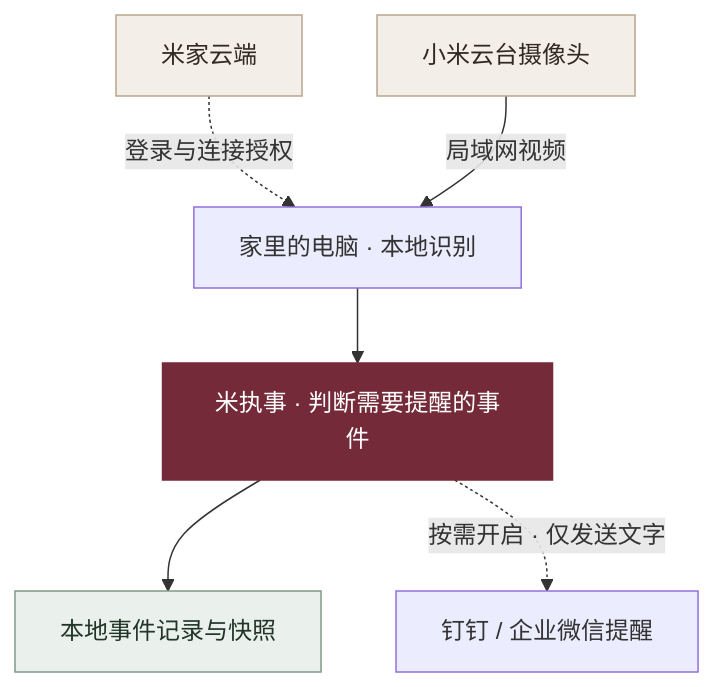
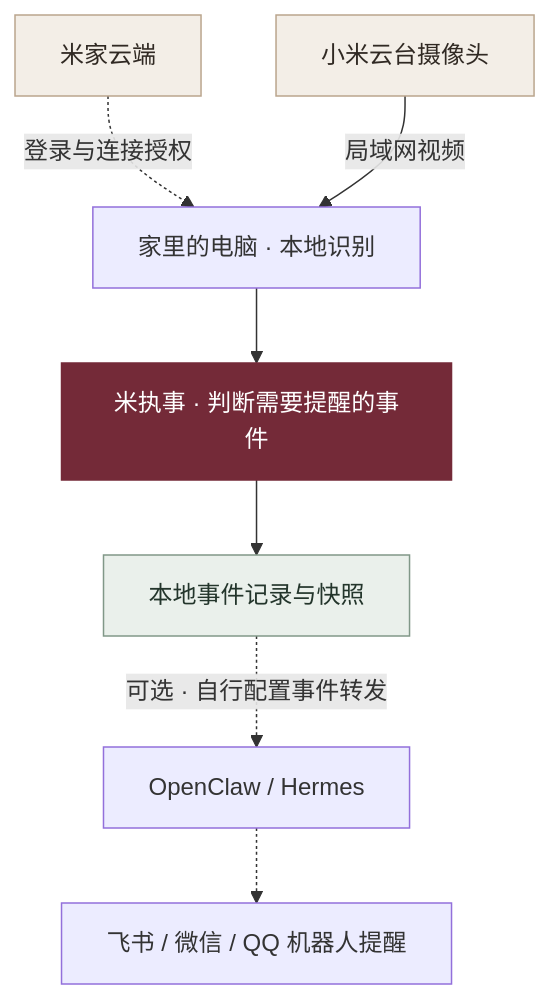
One commit to JuneYaooo/caregiving-eye changed the diagram in README.md. Above: the diagram before and after it, drawn with Mermaid. The commit also changed other lines of this file and 3 other files, not shown here.

Commit message:
docs: describe optional bot reminders through OpenClaw and Hermes

````diff
--- a/README.md
+++ b/README.md
@@ -83,13 +85,14 @@
 ```mermaid
 flowchart TD
     cloud[米家云端] -.->|登录与连接授权| vision[家里的电脑 · 本地识别]
     camera[小米云台摄像头] -->|局域网视频| vision
     vision --> butler[米执事 · 判断需要提醒的事件]
     butler --> local[本地事件记录与快照]
-    butler -.->|按需开启 · 仅发送文字| webhook[钉钉 / 企业微信提醒]
+    local -.->|可选 · 自行配置事件转发| gateway[OpenClaw / Hermes]
+    gateway -.-> notifications[飞书 / 微信 / QQ 机器人提醒]
 
     style cloud fill:#F3EEE7,stroke:#BAA58D,color:#302923
     style camera fill:#F3EEE7,stroke:#BAA58D,color:#302923
     style butler fill:#742A38,stroke:#742A38,color:#FFFFFF
     style local fill:#EAF0EB,stroke:#819888,color:#23352B
 ```
````
